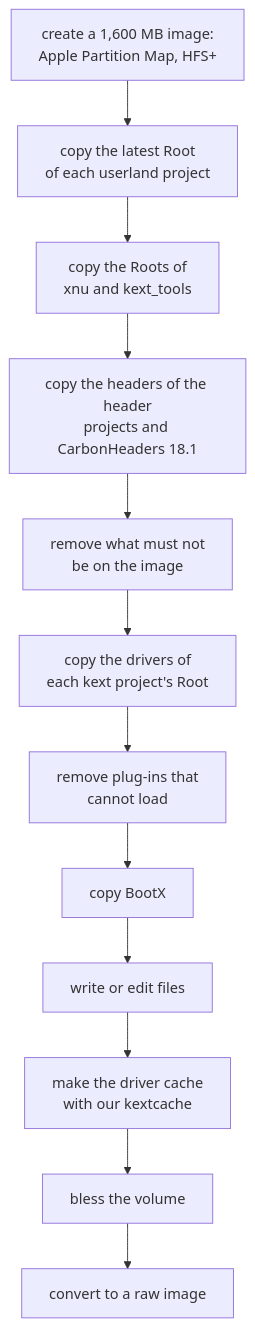
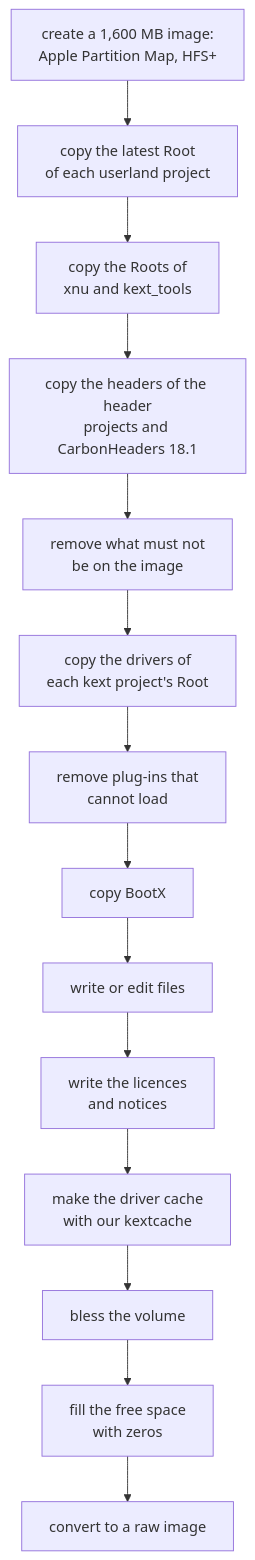
One commit to nyg/PowerDarwin changed the diagram in docs/src/method/making-the-image.md. Above: the diagram before and after it, drawn with Mermaid. The commit also changed other lines of this file and 19 other files, not shown here.

````diff
--- a/docs/src/method/making-the-image.md
+++ b/docs/src/method/making-the-image.md
@@ -18,14 +20,16 @@
 ```mermaid
 flowchart TD
     A["create a 1,600 MB image:<br/>Apple Partition Map, HFS+"] --> C["copy the latest Root<br/>of each userland project"]
     C --> D["copy the Roots of<br/>xnu and kext_tools"]
     D --> D2["copy the headers of the header<br/>projects and CarbonHeaders 18.1"]
     D2 --> E["remove what must not<br/>be on the image"]
     E --> F["copy the drivers of<br/>each kext project's Root"]
     F --> G["remove plug-ins that<br/>cannot load"]
     G --> H["copy BootX"]
     H --> I["write or edit files"]
-    I --> J["make the driver cache<br/>with our kextcache"]
+    I --> I2["write the licences<br/>and notices"]
+    I2 --> J["make the driver cache<br/>with our kextcache"]
     J --> K["bless the volume"]
-    K --> L["convert to a raw image"]
+    K --> K2["fill the free space<br/>with zeros"]
+    K2 --> L["convert to a raw image"]
 ```
````
